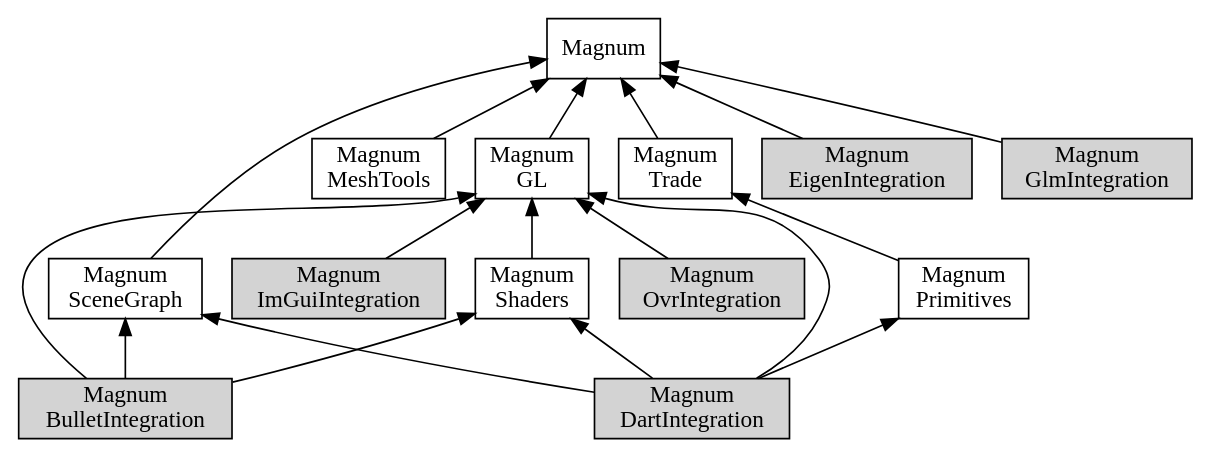
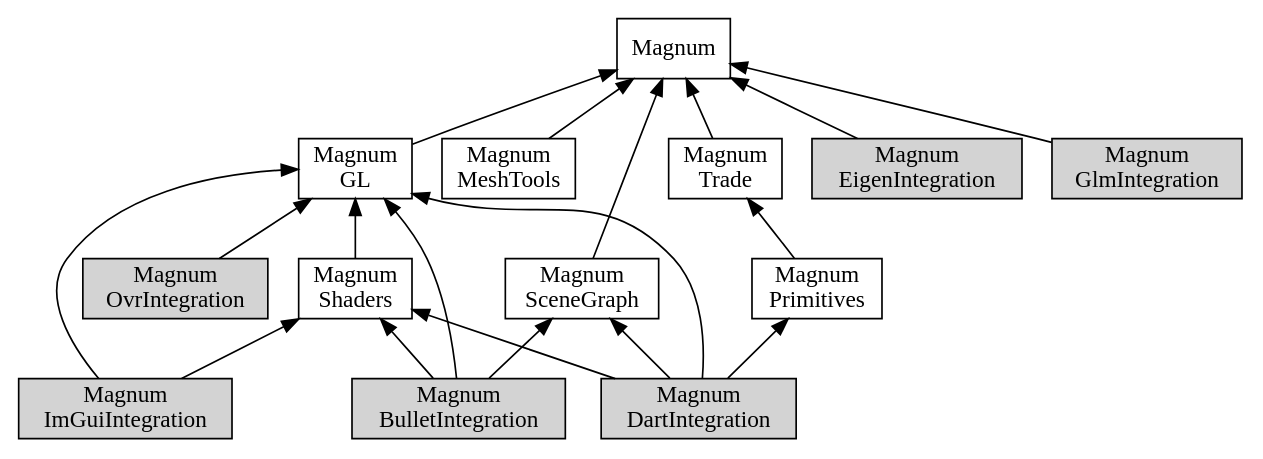
Before and after one commit to mosra/magnum-integration: the diagram in doc/custom-buildsystems-integration-order.dot, drawn with Graphviz.

Commit message:
doc: forgot to update library dependencies in the graph here.
ImGuiIntegration depends on Shaders for quite a while now.

```diff
--- a/doc/custom-buildsystems-integration-order.dot
+++ b/doc/custom-buildsystems-integration-order.dot
@@ -1,66 +1,67 @@
 /*
     This file is part of Magnum.
 
     Copyright © 2010, 2011, 2012, 2013, 2014, 2015, 2016, 2017, 2018, 2019,
                 2020, 2021, 2022 Vladimír Vondruš <mosra@centrum.cz>
 
     Permission is hereby granted, free of charge, to any person obtaining a
     copy of this software and associated documentation files (the "Software"),
     to deal in the Software without restriction, including without limitation
     the rights to use, copy, modify, merge, publish, distribute, sublicense,
     and/or sell copies of the Software, and to permit persons to whom the
     Software is furnished to do so, subject to the following conditions:
 
     The above copyright notice and this permission notice shall be included
     in all copies or substantial portions of the Software.
 
     THE SOFTWARE IS PROVIDED "AS IS", WITHOUT WARRANTY OF ANY KIND, EXPRESS OR
     IMPLIED, INCLUDING BUT NOT LIMITED TO THE WARRANTIES OF MERCHANTABILITY,
     FITNESS FOR A PARTICULAR PURPOSE AND NONINFRINGEMENT. IN NO EVENT SHALL
     THE AUTHORS OR COPYRIGHT HOLDERS BE LIABLE FOR ANY CLAIM, DAMAGES OR OTHER
     LIABILITY, WHETHER IN AN ACTION OF CONTRACT, TORT OR OTHERWISE, ARISING
     FROM, OUT OF OR IN CONNECTION WITH THE SOFTWARE OR THE USE OR OTHER
     DEALINGS IN THE SOFTWARE.
 */
 
 digraph "Magnum Integration dependency order" {
     rankdir=BT
     ranksep=0.5
     node [style=filled shape=rect margin="0.03,0.03"]
 
     Magnum [style=solid class="m-info"]
     MagnumGL [style=solid label="Magnum\nGL" class="m-info"]
     MagnumMeshTools [style=solid style=solid label="Magnum\nMeshTools" class="m-info"]
     MagnumPrimitives [style=solid label="Magnum\nPrimitives" class="m-info"]
     MagnumSceneGraph [style=solid label="Magnum\nSceneGraph" class="m-info"]
     MagnumShaders [style=solid label="Magnum\nShaders" class="m-info"]
     MagnumTrade [style=solid style=solid label="Magnum\nTrade" class="m-info"]
 
     MagnumBulletIntegration [label="Magnum\nBulletIntegration" class="m-info"]
     MagnumEigenIntegration [label="Magnum\nEigenIntegration" class="m-info"]
     MagnumDartIntegration [label="Magnum\nDartIntegration" class="m-info"]
     MagnumGlmIntegration [label="Magnum\nGlmIntegration" class="m-info"]
     MagnumImGuiIntegration [label="Magnum\nImGuiIntegration" class="m-info"]
     MagnumOvrIntegration [label="Magnum\nOvrIntegration" class="m-info"]
 
     MagnumGL -> Magnum [class="m-info"]
     MagnumMeshTools -> Magnum [class="m-info"]
     MagnumPrimitives -> MagnumTrade [class="m-info"]
     MagnumSceneGraph -> Magnum [class="m-info"]
     MagnumShaders -> MagnumGL [class="m-info"]
     MagnumTrade -> Magnum [class="m-info"]
 
     MagnumBulletIntegration -> MagnumGL
     MagnumBulletIntegration -> MagnumSceneGraph
     MagnumBulletIntegration -> MagnumShaders
 
     MagnumDartIntegration -> MagnumGL
     MagnumDartIntegration -> MagnumPrimitives
     MagnumDartIntegration -> MagnumSceneGraph
     MagnumDartIntegration -> MagnumShaders
 
     MagnumEigenIntegration -> Magnum
     MagnumGlmIntegration -> Magnum
     MagnumImGuiIntegration -> MagnumGL
+    MagnumImGuiIntegration -> MagnumShaders
     MagnumOvrIntegration -> MagnumGL
 }
```
